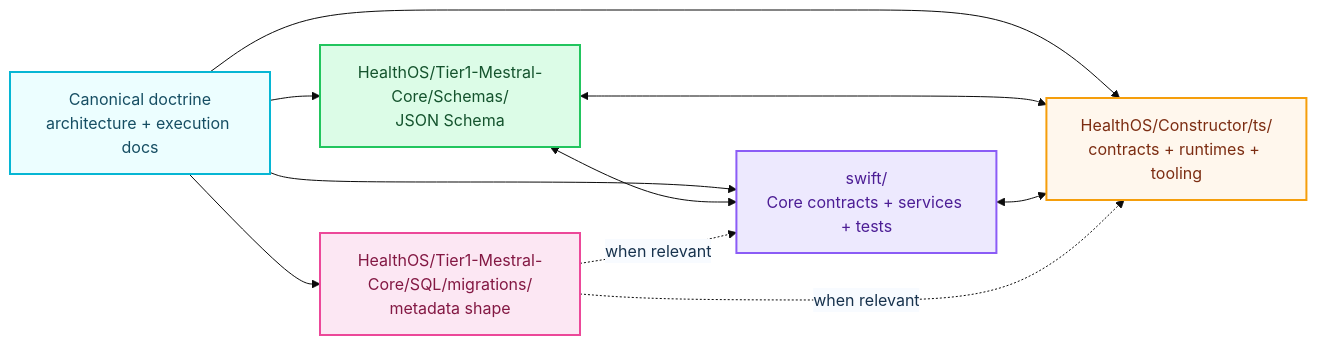
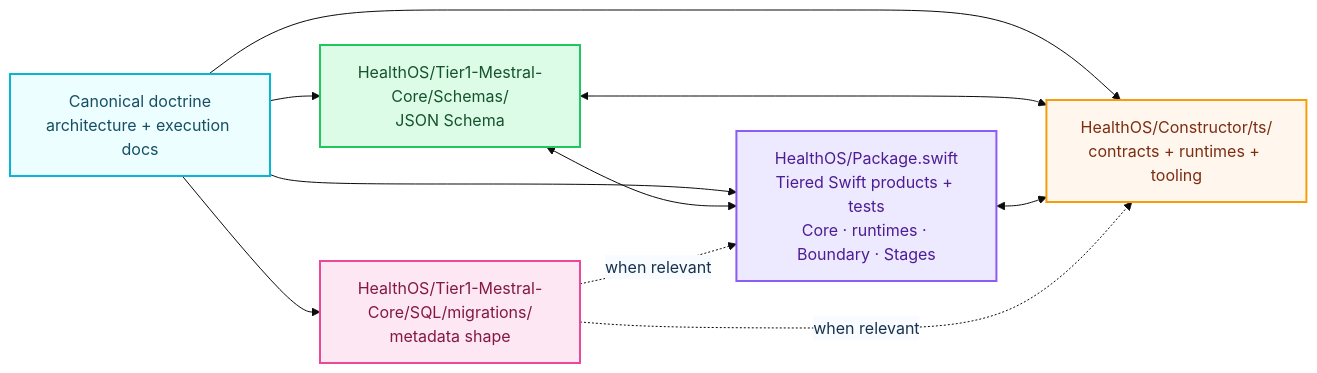
The seventh of 12 diagrams in README.md (myselfgus/HealthOScaffold), drawn with Mermaid before and after one commit. The commit also changed other lines of this file and 6 other files, not shown here.

````diff
--- a/README.md
+++ b/README.md
@@ -581,22 +585,22 @@
 ```mermaid
 %%{init: {'theme': 'base', 'themeVariables': {'primaryColor': '#f8fbff', 'primaryBorderColor': '#cadcf0', 'primaryTextColor': '#17324d', 'clusterBkg': '#ffffff', 'clusterBorder': '#dbeafe', 'titleColor': '#0f172a', 'edgeLabelBackground': '#f8fbff', 'fontFamily': 'ui-rounded, -apple-system, BlinkMacSystemFont, sans-serif'}}}%%
 flowchart LR
     classDef source fill:#ecfeff,stroke:#06b6d4,stroke-width:2px,color:#164e63
     classDef schema fill:#dcfce7,stroke:#22c55e,stroke-width:2px,color:#14532d
     classDef swift  fill:#ede9fe,stroke:#8b5cf6,stroke-width:2px,color:#4c1d95
     classDef ts     fill:#fff7ed,stroke:#f59e0b,stroke-width:2px,color:#7c2d12
     classDef sql    fill:#fce7f3,stroke:#ec4899,stroke-width:2px,color:#831843
 
     C[Canonical doctrine\narchitecture + execution docs]:::source
     J[HealthOS/Tier1-Mestral-Core/Schemas/\nJSON Schema]:::schema
-    SW[swift/\nCore contracts + services + tests]:::swift
+    SW[HealthOS/Package.swift\nTiered Swift products + tests\nCore · runtimes · Boundary · Stages]:::swift
     TS[HealthOS/Constructor/ts/\ncontracts + runtimes + tooling]:::ts
     SQL[HealthOS/Tier1-Mestral-Core/SQL/migrations/\nmetadata shape]:::sql
 
     C --> J & SW & TS & SQL
     J <--> SW
     J <--> TS
     SW <--> TS
     SQL -. when relevant .-> SW
     SQL -. when relevant .-> TS
 ```
````
